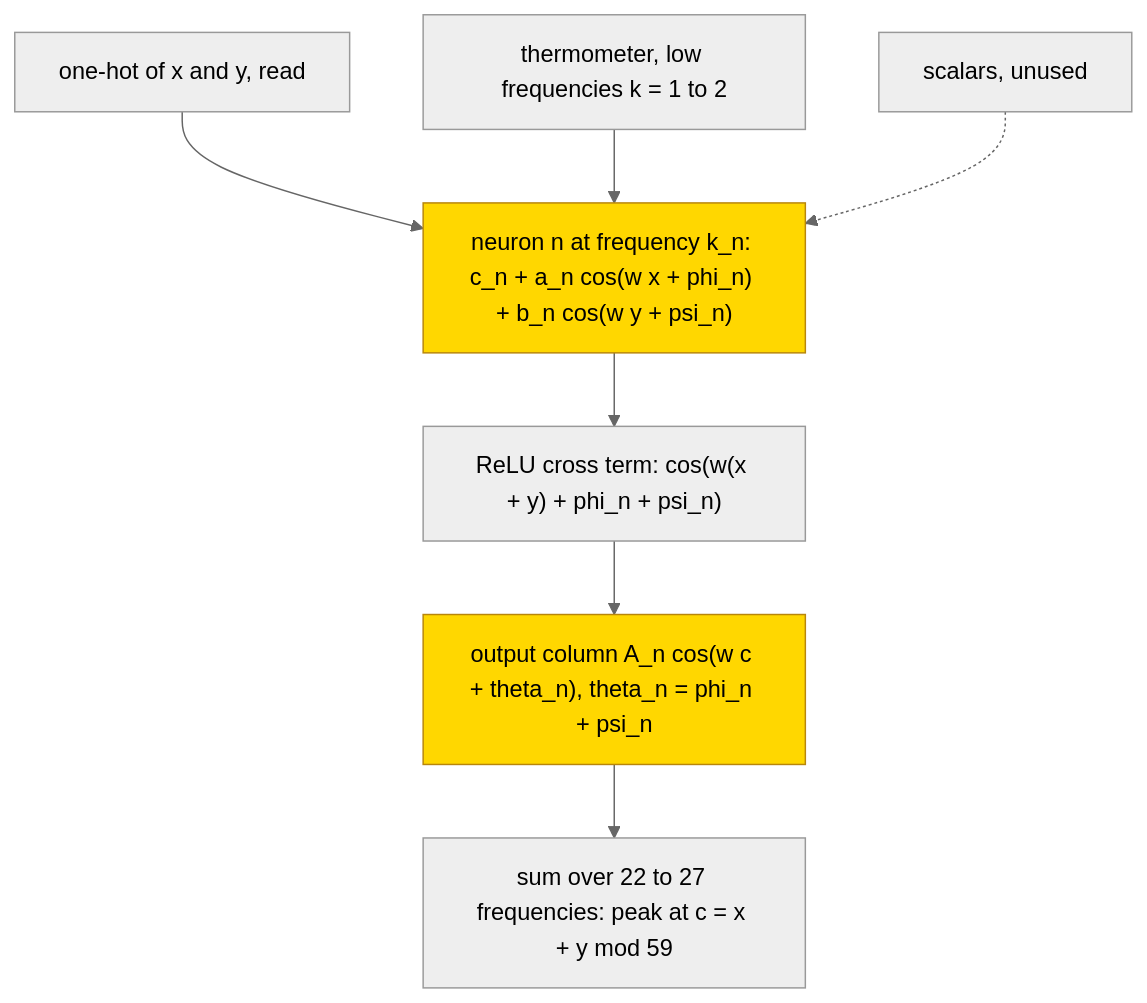
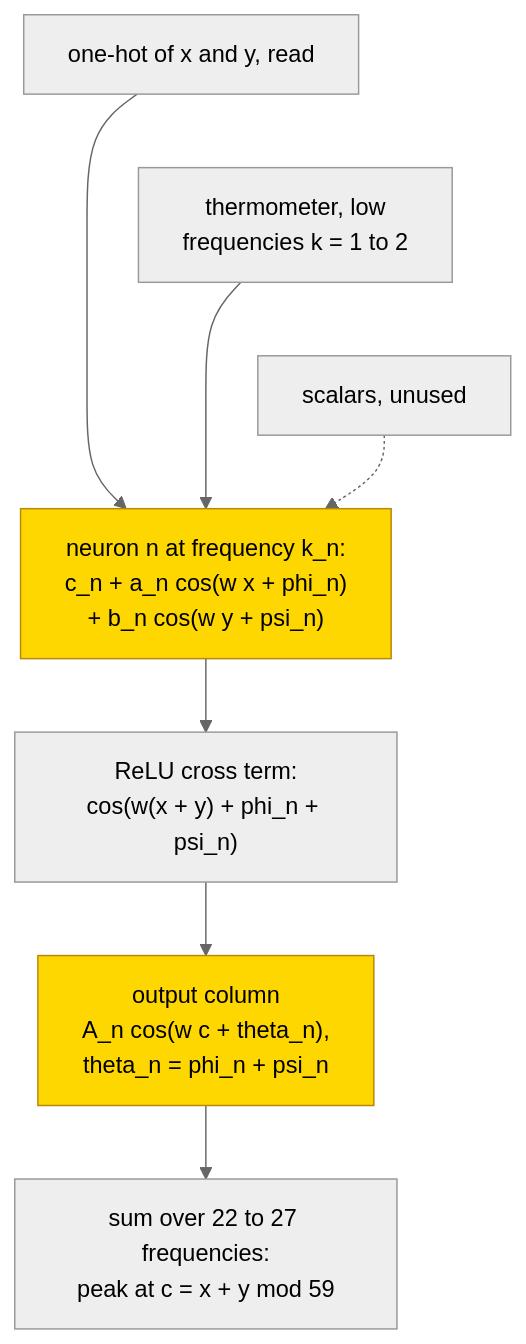
One commit to jc1122/mechanistic-interpretability-circuit-atlas changed the second of 2 diagrams in entries/modular-addition-mlp.md. Above: the diagram before and after it, drawn with Mermaid (neutral theme). The commit also changed other lines of this file and 40 other files, not shown here.

First line of the commit message:
Cold-reader pass on all 41 entries: reading routes, first-screen scopes, accessible diagrams, verified headline sources (ux_reader1/2)

````diff
--- a/entries/modular-addition-mlp.md
+++ b/entries/modular-addition-mlp.md
@@ -190,11 +190,16 @@
 ```mermaid
 flowchart TD
-    OH["one-hot of x and y, read"] --> N["neuron n at frequency k_n: c_n + a_n cos(w x + phi_n) + b_n cos(w y + psi_n)"]
-    TH["thermometer, low frequencies k = 1 to 2"] --> N
-    N --> R["ReLU cross term: cos(w(x + y) + phi_n + psi_n)"]
-    R --> O["output column A_n cos(w c + theta_n), theta_n = phi_n + psi_n"]
-    O --> S["sum over 22 to 27 frequencies: peak at c = x + y mod 59"]
+    accTitle: Fitted periodic readout for modular addition
+    accDescr: One-hot and thermometer features feed periodic hidden responses and output votes. Marked hidden and output components are trained. Substitution is supported on all pairs; the formula is partial and does not reproduce every native answer, with complement untested.
+    OH["one-hot of x and y, read"] --> N["neuron n at frequency k_n:<br/>c_n + a_n cos(w x + phi_n)<br/>+ b_n cos(w y + psi_n)"]
+    TH["thermometer, low<br/>frequencies k = 1 to 2"] --> N
+    N --> R["ReLU cross term:<br/>cos(w(x + y) + phi_n + psi_n)"]
+    R --> O["output column<br/>A_n cos(w c + theta_n),<br/>theta_n = phi_n + psi_n"]
+    O --> S["sum over 22 to 27 frequencies:<br/>peak at c = x + y mod 59"]
     SC["scalars, unused"] -.-> N
+    %% Invisible links stack input labels; they are not computational paths.
+    OH ~~~ TH
+    TH ~~~ SC
     classDef trained fill:gold,stroke:darkgoldenrod,color:black
     class N,O trained
 ```
````
